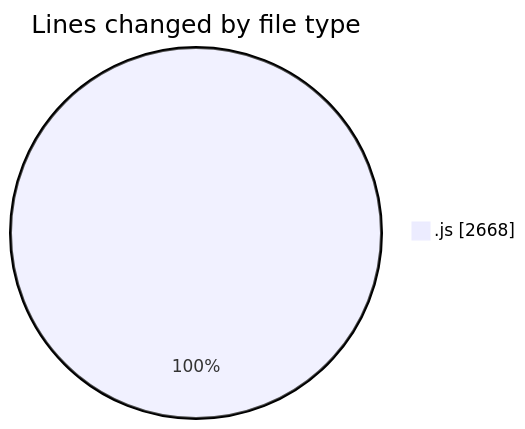
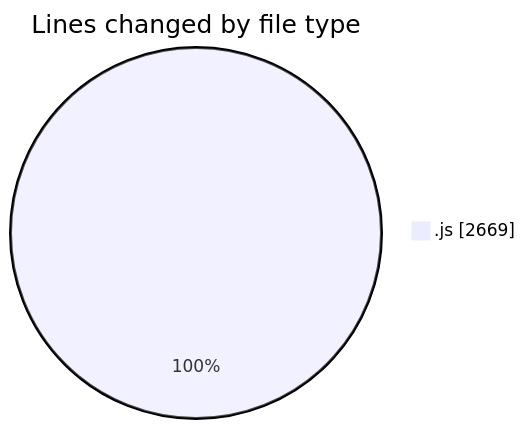
One commit to nxtqubesakshisongat/code-tracking changed the first of 2 diagrams in 2025-09-02/nxtqube_webapp/README.md. Above: the diagram before and after it, drawn with Mermaid. The commit also changed other lines of this file and 1 other file, not shown here.

````diff
--- a/2025-09-02/nxtqube_webapp/README.md
+++ b/2025-09-02/nxtqube_webapp/README.md
@@ -20,5 +20,5 @@
 ```mermaid
 pie showData
 title Lines changed by file type
-".js" : 2668
+".js" : 2669
 ```
````
